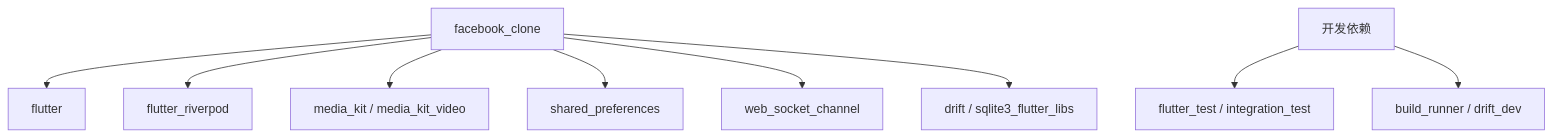
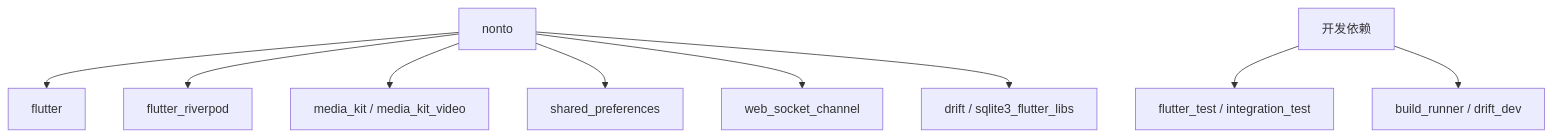
One commit to junhua-huang/NonToFlutter changed the seventh of 7 diagrams in .qoder/repowiki/zh/content/扩展开发指南/组件扩展.md. Above: the diagram before and after it, drawn with Mermaid. The commit also changed 91 other files, not shown here.

````diff
--- a/.qoder/repowiki/zh/content/扩展开发指南/组件扩展.md
+++ b/.qoder/repowiki/zh/content/扩展开发指南/组件扩展.md
@@ -211,11 +211,11 @@
 ```mermaid
 graph TB
-App["facebook_clone"] --> Flutter["flutter"]
+App["nonto"] --> Flutter["flutter"]
 App --> Riverpod["flutter_riverpod"]
 App --> MediaKit["media_kit / media_kit_video"]
 App --> SharedPrefs["shared_preferences"]
 App --> WS["web_socket_channel"]
 App --> Drift["drift / sqlite3_flutter_libs"]
 Dev["开发依赖"] --> Test["flutter_test / integration_test"]
 Dev --> Build["build_runner / drift_dev"]
 ```
````
